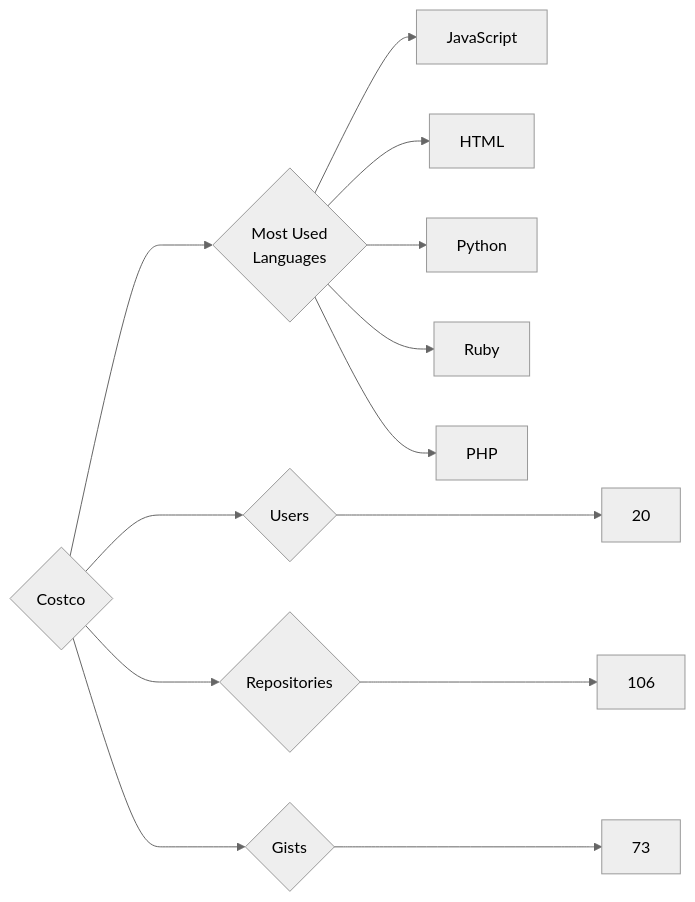
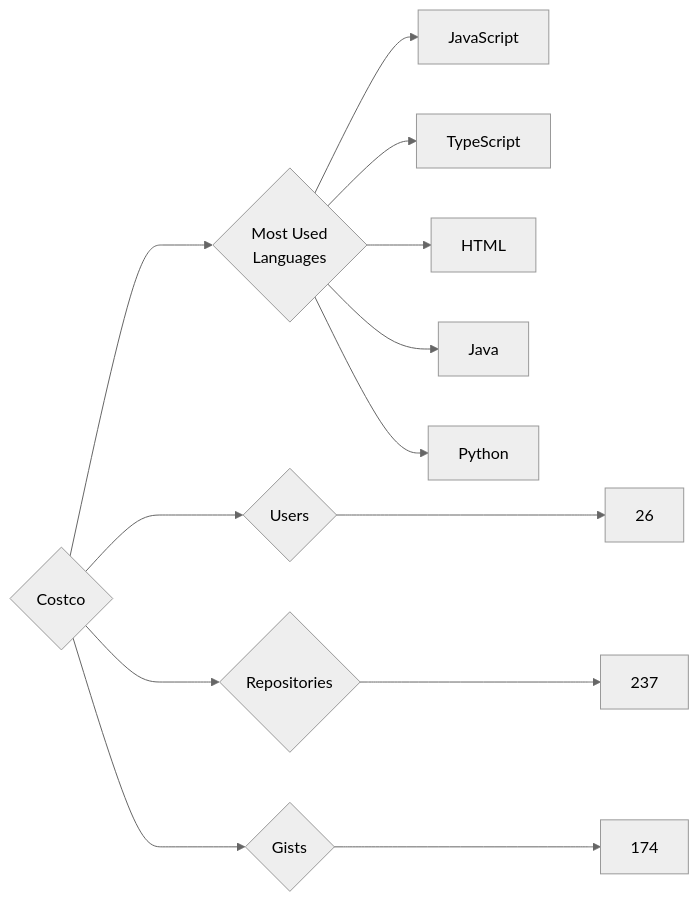
The diagram in targets/Costco/README.md (trickest/insiders), drawn with Mermaid (neutral theme) before and after one commit. The commit also changed 714 other files, not shown here.

````diff
--- a/targets/Costco/README.md
+++ b/targets/Costco/README.md
@@ -3,13 +3,13 @@
 ```mermaid
 graph LR
 COMPANY_NAME{Costco}
-COMPANY_NAME ---> U{Users} ---> UN[20]
-COMPANY_NAME ---> R{Repositories} ---> RN[106]
-COMPANY_NAME ---> G{Gists} ---> GN[73]
+COMPANY_NAME ---> U{Users} ---> UN[26]
+COMPANY_NAME ---> R{Repositories} ---> RN[237]
+COMPANY_NAME ---> G{Gists} ---> GN[174]
 COMPANY_NAME ---> ML{Most Used<br>Languages}
 ML --> JavaScript[JavaScript]
+ML --> TypeScript[TypeScript]
 ML --> HTML[HTML]
+ML --> Java[Java]
 ML --> Python[Python]
-ML --> Ruby[Ruby]
-ML --> PHP[PHP]
 ```
````
